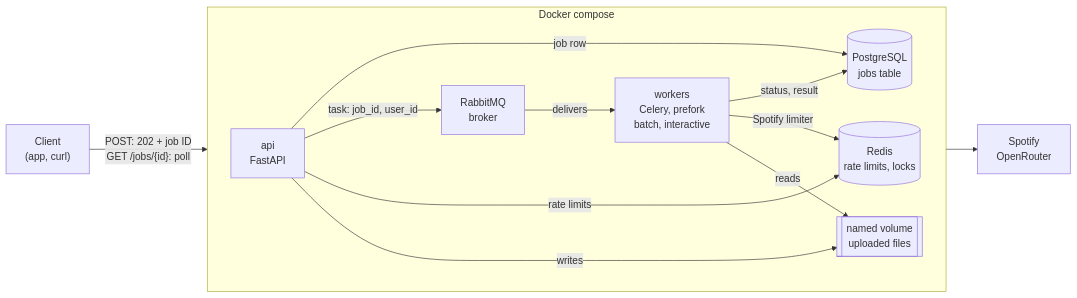
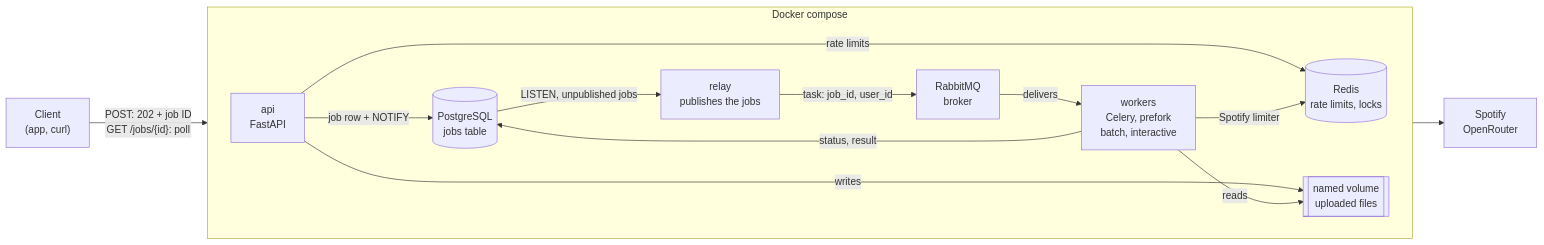
The first of 3 diagrams in docs/technical/api-and-workers.md (ychab/museflow), drawn with Mermaid before and after one commit. The commit also changed other lines of this file and 59 other files, not shown here.

First line of the commit message:
feat(jobs): track background jobs in a jobs table, published by a relay

````diff
--- a/docs/technical/api-and-workers.md
+++ b/docs/technical/api-and-workers.md
@@ -19,25 +19,27 @@
 ```mermaid
 flowchart LR
     CLIENT["Client<br/>(app, curl)"]
     subgraph RUN["Docker compose"]
         direction LR
         API["api<br/>FastAPI"]
         MQ["RabbitMQ<br/>broker"]
+        RL["relay<br/>publishes the jobs"]
         WK["workers<br/>Celery, prefork<br/>batch, interactive"]
         PG[("PostgreSQL<br/>jobs table")]
         RD[("Redis<br/>rate limits, locks")]
         VOL[["named volume<br/>uploaded files"]]
     end
     EXT["Spotify<br/>OpenRouter"]
 
     CLIENT -- "POST: 202 + job ID<br/>GET /jobs/{id}: poll" --> API
-    API -- "job row" --> PG
-    API -- "task: job_id, user_id" --> MQ
+    API -- "job row + NOTIFY" --> PG
+    PG -- "LISTEN, unpublished jobs" --> RL
+    RL -- "task: job_id, user_id" --> MQ
     MQ -- "delivers" --> WK
     WK -- "status, result" --> PG
     API -- "rate limits" --> RD
     WK -- "Spotify limiter" --> RD
     API -- "writes" --> VOL
     WK -- "reads" --> VOL
     WK --> EXT
 ```
````
